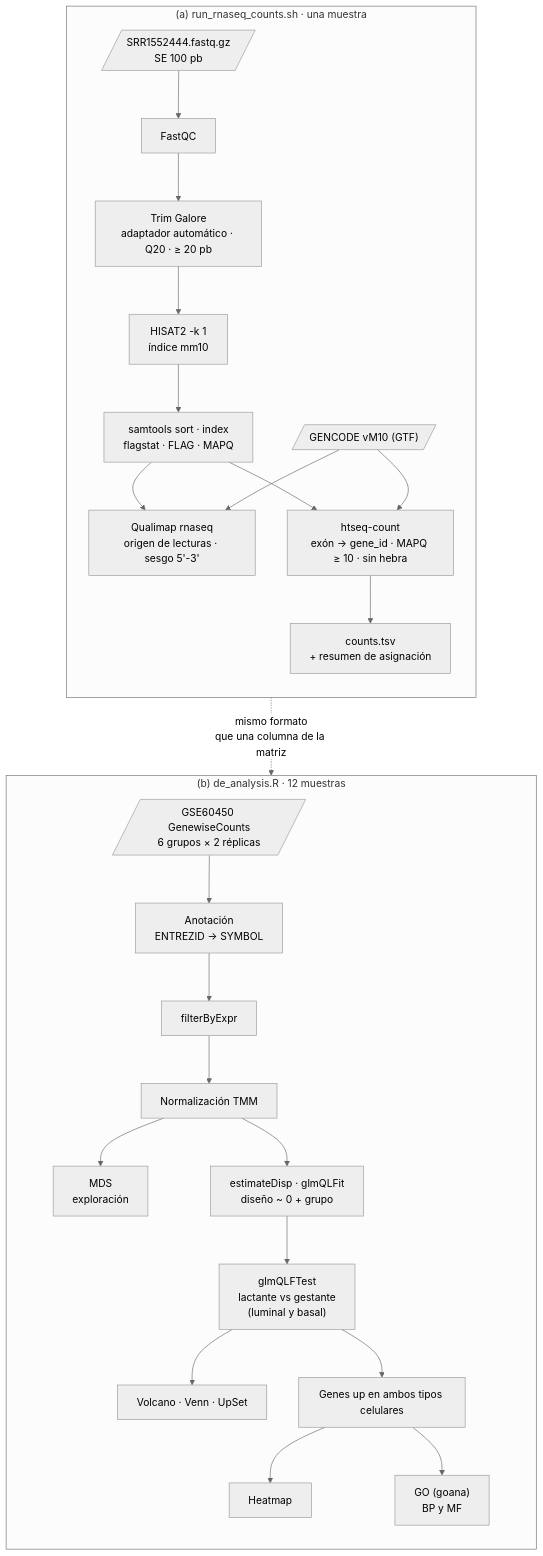
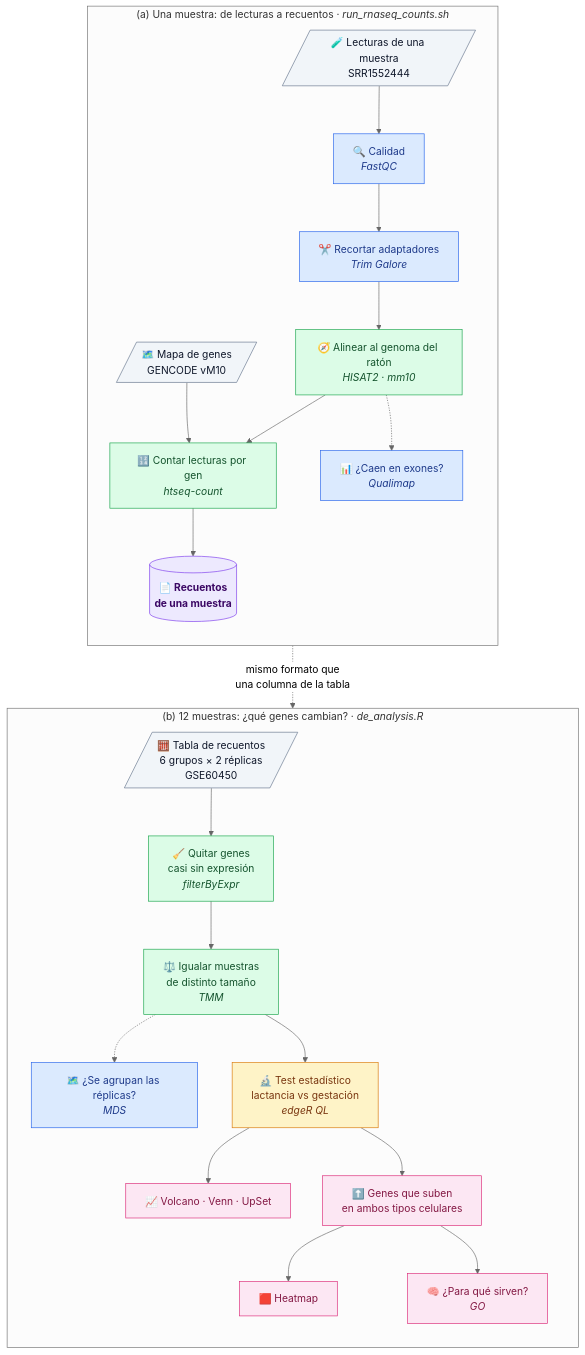
Before and after one commit to AndoniM12/ngs-pipelines: the fifth of 8 diagrams in README.md, drawn with Mermaid (neutral theme). The commit also changed other lines of this file, not shown here.

First line of the commit message:
Diagramas más visuales en el README y nota sobre emrD

````diff
--- a/README.md
+++ b/README.md
@@ -346,30 +421,40 @@
 ```mermaid
 flowchart TD
-    subgraph A["(a) run_rnaseq_counts.sh · una muestra"]
+    subgraph A["(a) Una muestra: de lecturas a recuentos · <i>run_rnaseq_counts.sh</i>"]
         direction TB
-        FQ[/"SRR1552444.fastq.gz<br/>SE 100 pb"/] --> QC1["FastQC"]
-        QC1 --> TG["Trim Galore<br/>adaptador automático · Q20 · ≥ 20 pb"]
-        TG --> HS["HISAT2 -k 1<br/>índice mm10"]
-        HS --> SO["samtools sort · index<br/>flagstat · FLAG · MAPQ"]
-        SO --> QR["Qualimap rnaseq<br/>origen de lecturas · sesgo 5'-3'"]
-        SO --> HT["htseq-count<br/>exón → gene_id · MAPQ ≥ 10 · sin hebra"]
-        GTF[/"GENCODE vM10 (GTF)"/] --> QR & HT
-        HT --> CS["counts.tsv<br/>+ resumen de asignación"]
+        FQ[/"🧪 Lecturas de una muestra<br/>SRR1552444"/] --> QC1["🔍 Calidad<br/><i>FastQC</i>"]
+        QC1 --> TG["✂️ Recortar adaptadores<br/><i>Trim Galore</i>"]
+        TG --> HS["🧭 Alinear al genoma del ratón<br/><i>HISAT2 · mm10</i>"]
+        GTF[/"🗺️ Mapa de genes<br/>GENCODE vM10"/] --> HT
+        HS --> HT["🔢 Contar lecturas por gen<br/><i>htseq-count</i>"]
+        HS -.-> QR["📊 ¿Caen en exones?<br/><i>Qualimap</i>"]
+        HT --> CS[("📄 Recuentos<br/>de una muestra")]
     end
 
-    subgraph B["(b) de_analysis.R · 12 muestras"]
+    subgraph B["(b) 12 muestras: ¿qué genes cambian? · <i>de_analysis.R</i>"]
         direction TB
-        MAT[/"GSE60450 GenewiseCounts<br/>6 grupos × 2 réplicas"/] --> AN["Anotación<br/>ENTREZID → SYMBOL"]
-        AN --> FE["filterByExpr"]
-        FE --> TMM["Normalización TMM"]
-        TMM --> MDS["MDS<br/>exploración"]
-        TMM --> DSP["estimateDisp · glmQLFit<br/>diseño ~ 0 + grupo"]
-        DSP --> QL["glmQLFTest<br/>lactante vs gestante<br/>(luminal y basal)"]
-        QL --> VOL["Volcano · Venn · UpSet"]
-        QL --> SH["Genes up en ambos tipos celulares"]
-        SH --> HM["Heatmap"]
-        SH --> GO["GO (goana)<br/>BP y MF"]
+        MAT[/"🧮 Tabla de recuentos<br/>6 grupos × 2 réplicas<br/>GSE60450"/] --> FE["🧹 Quitar genes<br/>casi sin expresión<br/><i>filterByExpr</i>"]
+        FE --> TMM["⚖️ Igualar muestras<br/>de distinto tamaño<br/><i>TMM</i>"]
+        TMM -.-> MDS["🗺️ ¿Se agrupan las réplicas?<br/><i>MDS</i>"]
+        TMM --> QL["🔬 Test estadístico<br/>lactancia vs gestación<br/><i>edgeR QL</i>"]
+        QL --> VOL["📈 Volcano · Venn · UpSet"]
+        QL --> SH["⬆️ Genes que suben<br/>en ambos tipos celulares"]
+        SH --> HM["🟥 Heatmap"]
+        SH --> GO["🧠 ¿Para qué sirven?<br/><i>GO</i>"]
     end
 
-    CS -. "mismo formato<br/>que una columna de la matriz" .-> MAT
+    CS -. "mismo formato que<br/>una columna de la tabla" .-> MAT
+
+    class FQ,GTF,MAT dato
+    class QC1,TG,QR,MDS qc
+    class HS,HT,FE,TMM proc
+    class QL ana
+    class VOL,SH,HM,GO inter
+    class CS res
+    classDef dato fill:#f1f5f9,stroke:#64748b,color:#0f172a
+    classDef qc fill:#dbeafe,stroke:#2563eb,color:#1e3a8a
+    classDef proc fill:#dcfce7,stroke:#16a34a,color:#14532d
+    classDef ana fill:#fef3c7,stroke:#d97706,color:#78350f
+    classDef inter fill:#fce7f3,stroke:#db2777,color:#831843
+    classDef res fill:#ede9fe,stroke:#7c3aed,color:#3b0764,font-weight:bold
 ```
````
